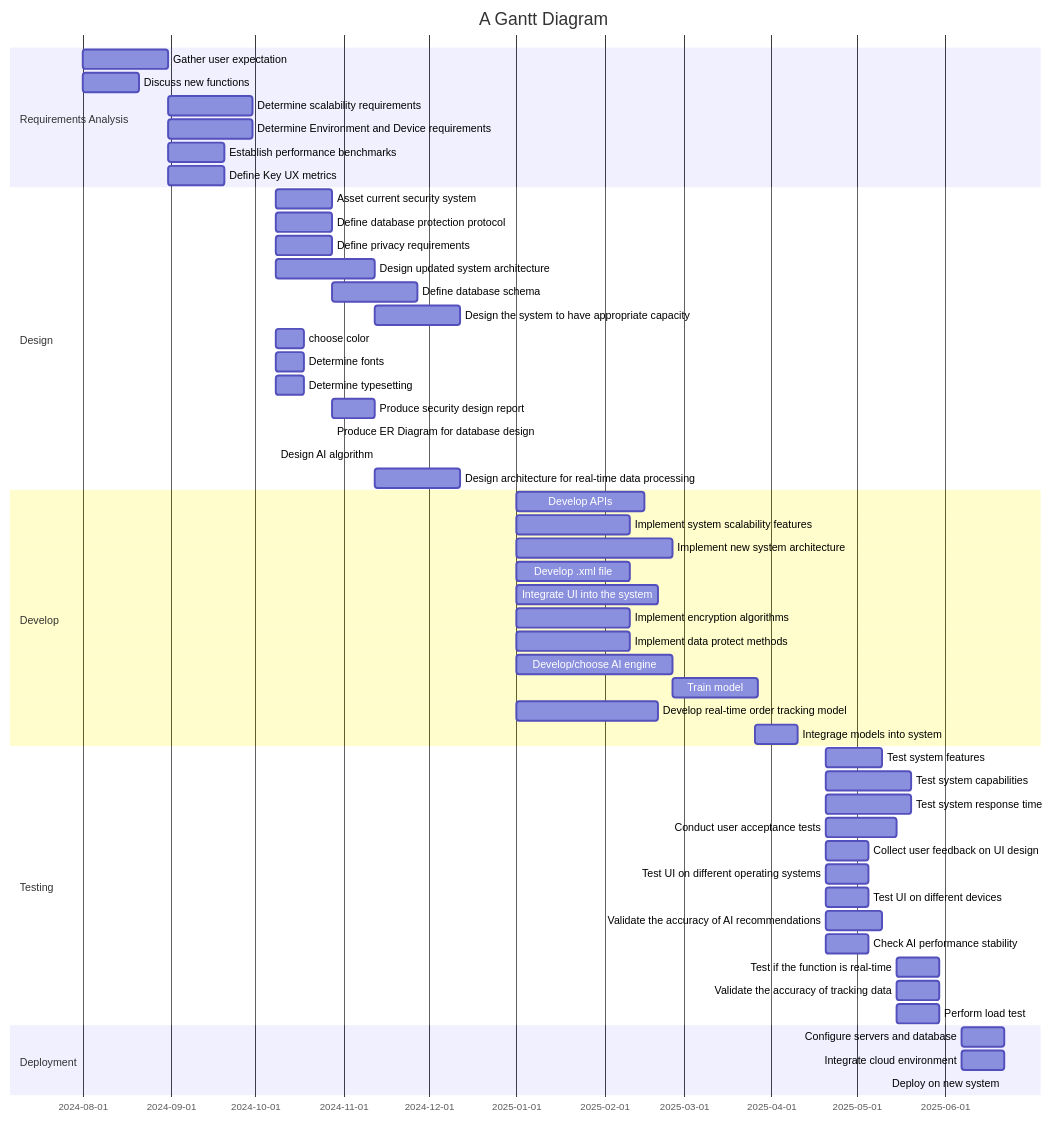
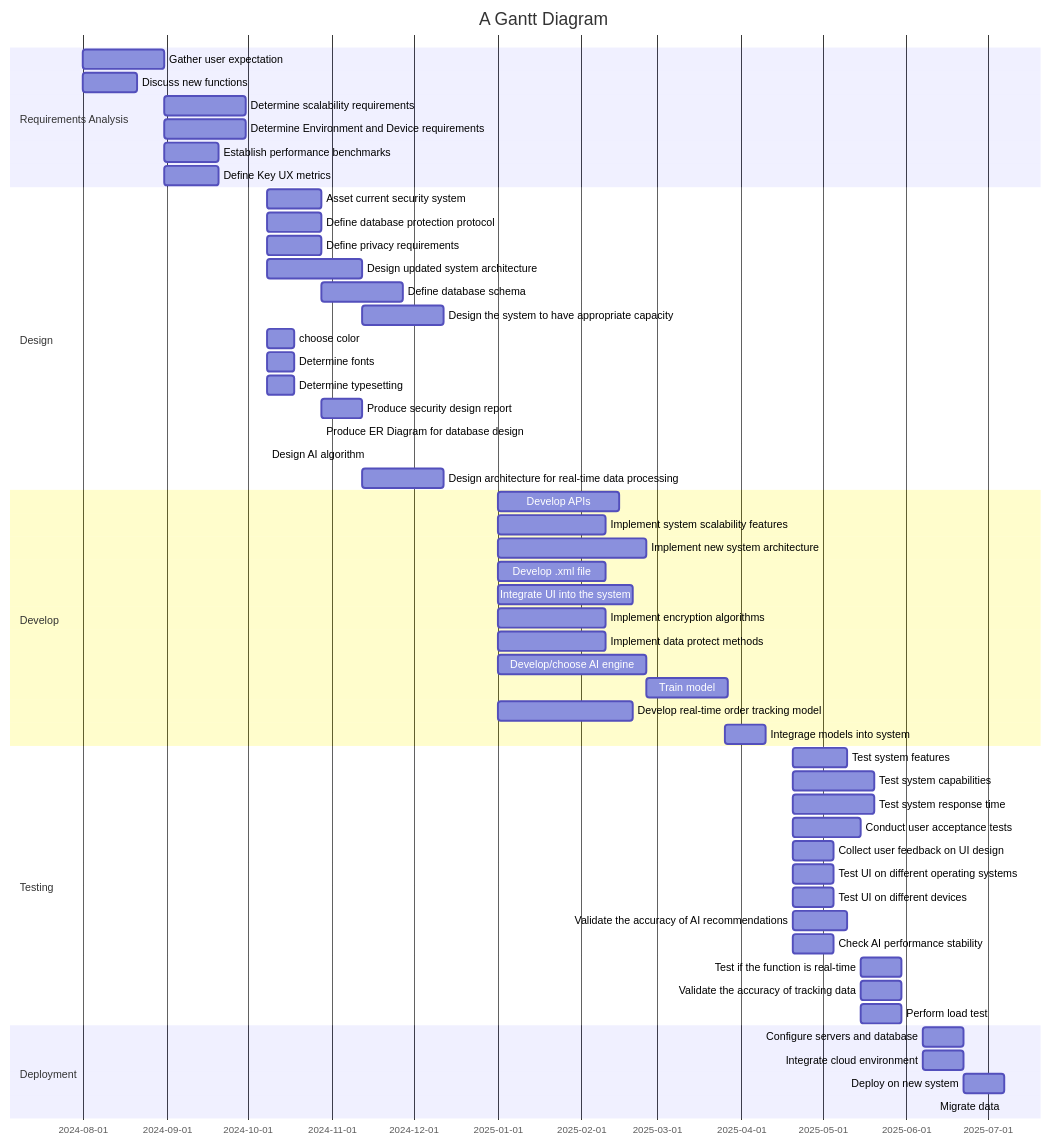
One commit to sayshelley/iodraw-files changed the diagram in all/Untitled-4.md. Above: the diagram before and after it, drawn with Mermaid.

Commit message:
2024-10-11 18:37:39 update

````diff
--- a/all/Untitled-4.md
+++ b/all/Untitled-4.md
@@ -1,63 +1,64 @@
 ```mermaid
 gantt
     title A Gantt Diagram
     dateFormat  YYYY-MM-DD
     section Requirements Analysis
         Gather user expectation: a4, 2024-08-01, 30d
         Discuss new functions: a6, 2024-08-01, 20d
         Determine scalability requirements: a1, after a4, 30d
         Determine Environment and Device requirements: a2, after a4, 30d
         Establish performance benchmarks: a3, after a4, 20d
         Define Key UX metrics: a5, after a4, 20d
         
     section Design
         Asset current security system: b1, 2024-10-08, 20d
         Define database protection protocol: b2, 2024-10-08, 20d
         Define privacy requirements: b3, 2024-10-08, 20d
         Design updated system architecture: b4, 2024-10-08, 35d
         Define database schema: b5, after b2, 30d
         Design the system to have appropriate capacity: b6, after b4, 30d
         choose color: b7, 2024-10-08, 10d
         Determine fonts: b8, 2024-10-08, 10d
         Determine typesetting: b9, 2024-10-08, 10d
         Produce security design report: b10, 2024-10-28 ,15d
         Produce ER Diagram for database design: b11, 2024-10-28, 15
         Design AI algorithm: b12, 2024-10-08, 35
         Design architecture for real-time data processing: b13, 2024-11-12,30d
     section Develop
         Develop APIs: c1, 2025-01-01, 45d
         Implement system scalability features: c2, 2025-01-01, 40d
         Implement new system architecture: c3, 2025-01-01, 55d
         Develop .xml file: c4, 2025-01-01, 40d
         Integrate UI into the system: c5, 2025-01-01, 50d
         Implement encryption algorithms:c6, 2025-01-01, 40d
         Implement data protect methods: c7, 2025-01-01, 40d
         Develop/choose AI engine: c8, 2025-01-01, 55d
         Train model: c9, 2025-02-25, 30d
         Develop real-time order tracking model: c10, 2025-01-01, 50d
         Integrage models into system: c11, 2025-03-26, 15d
     section Testing
         Test system features: d1, 2025-04-20, 20d
         Test system capabilities: d2, 2025-04-20, 30d
         Test system response time: d3, 2025-04-20, 30d
         Conduct user acceptance tests: d4, 2025-04-20, 25d
         Collect user feedback on UI design: d5, 2025-04-20, 15d
         Test UI on different operating systems: d6, 2025-04-20, 15d
         Test UI on different devices: d7, 2025-04-20, 15d
         Validate the accuracy of AI recommendations: d8, 2025-04-20, 20d
         Check AI performance stability: d9, 2025-04-20, 15d
         Test if the function is real-time: d10, 2025-05-15, 15d
         Validate the accuracy of tracking data: d11, 2025-05-15, 15d
         Perform load test: d12, 2025-05-15, 15d
     section Deployment
         Configure servers and database: e1, 2025-06-07, 15d
         Integrate cloud environment: e2, 2025-06-07, 15d
-        Deploy on new system: e3, 2025-06-22, 
+        Deploy on new system: e3, 2025-06-22, 15d
+        Migrate data: 
     
         
 
     
 
 
    
 ```
````
